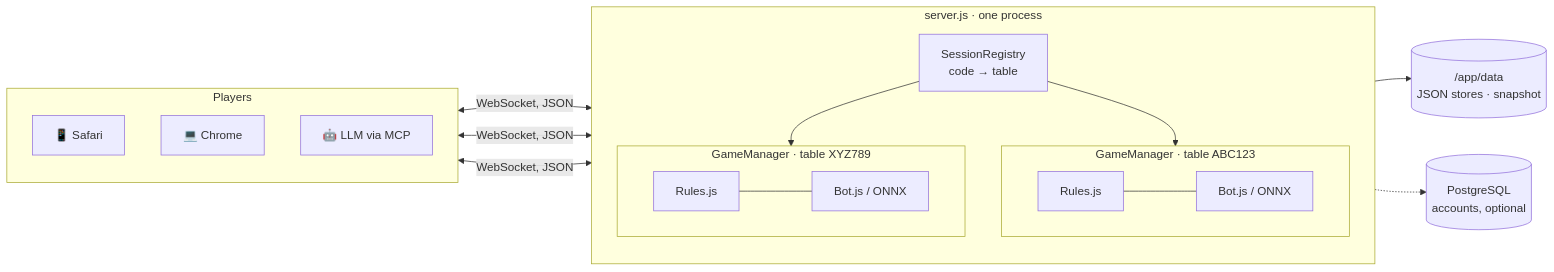
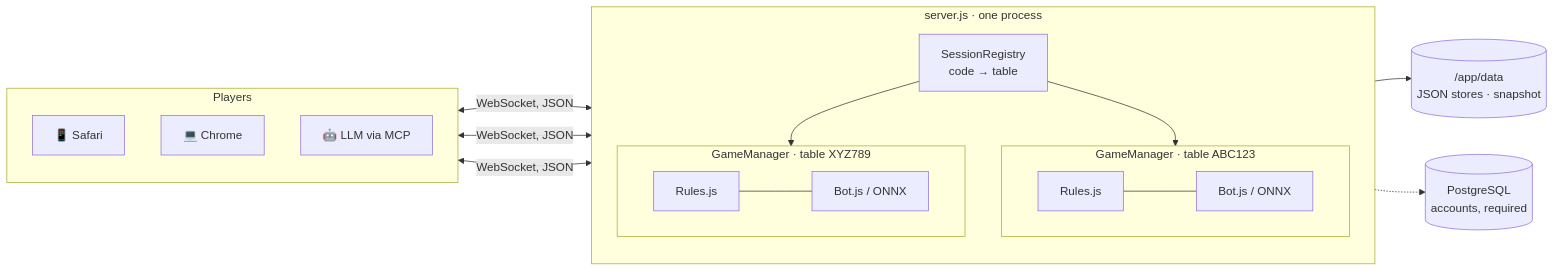
The diagram in docs/index.md (floriandeutsch89/pikdame-local), drawn with Mermaid before and after one commit. The commit also changed 10 other files, not shown here.

First line of the commit message:
docs: PostgreSQL is mandatory everywhere, local Postgres for tests

````diff
--- a/docs/index.md
+++ b/docs/index.md
@@ -58,28 +58,28 @@
 ```mermaid
 flowchart LR
   subgraph phones["Players"]
     direction TB
     A["📱 Safari"]
     B["💻 Chrome"]
     C["🤖 LLM via MCP"]
   end
   subgraph node["server.js · one process"]
     direction TB
     R["SessionRegistry<br/>code → table"]
     subgraph T1["GameManager · table ABC123"]
       direction LR
       Rules["Rules.js"] --- Bot["Bot.js / ONNX"]
     end
     subgraph T2["GameManager · table XYZ789"]
       direction LR
       Rules2["Rules.js"] --- Bot2["Bot.js / ONNX"]
     end
     R --> T1
     R --> T2
   end
   V[("/app/data<br/>JSON stores · snapshot")]
-  PG[("PostgreSQL<br/>accounts, optional")]
+  PG[("PostgreSQL<br/>accounts, required")]
   A & B & C <-- "WebSocket, JSON" --> R
   node --> V
   node -.-> PG
 ```
````
